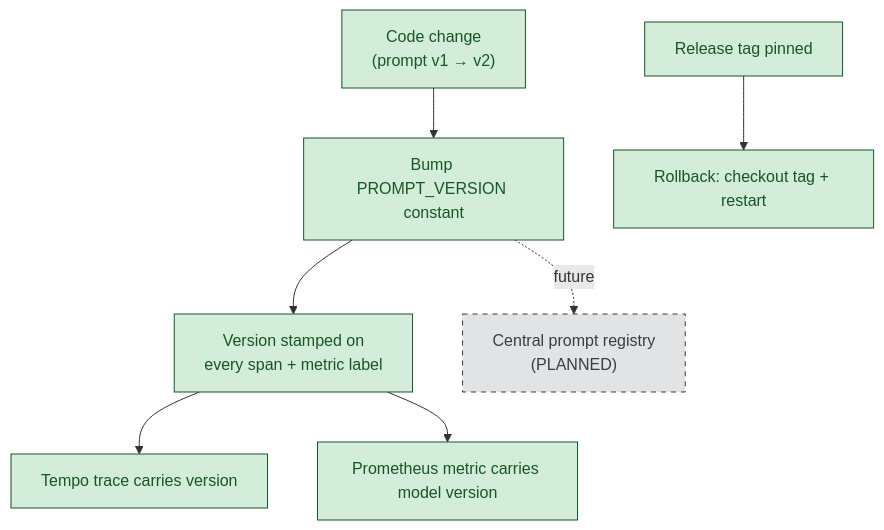
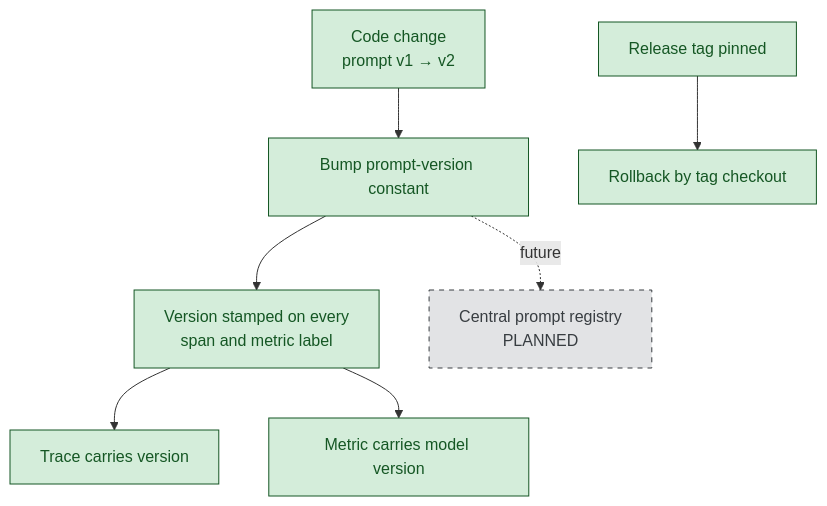
Before and after one commit to Kevinparashar/One-ops-NextGen: the sixth of 7 diagrams in docs/MANAGEMENT-BRIEFING.md, drawn with Mermaid. The commit also changed other lines of this file and 1 other file, not shown here.

````diff
--- a/docs/MANAGEMENT-BRIEFING.md
+++ b/docs/MANAGEMENT-BRIEFING.md
@@ -328,19 +314,19 @@
 ```mermaid
 flowchart TD
     classDef shipped fill:#d4edda,stroke:#155724,color:#155724
     classDef planned fill:#e2e3e5,stroke:#383d41,color:#383d41,stroke-dasharray:5 5
 
-    CODE["Code change<br/>(prompt v1 → v2)"]:::shipped
-    BUMP["Bump PROMPT_VERSION constant"]:::shipped
-    STAMP["Version stamped on<br/>every span + metric label"]:::shipped
-    TRACE["Tempo trace carries version"]:::shipped
-    METRIC["Prometheus metric carries model version"]:::shipped
-    REG["Central prompt registry<br/>(PLANNED)"]:::planned
+    CODE["Code change<br/>prompt v1 → v2"]:::shipped
+    BUMP["Bump prompt-version constant"]:::shipped
+    STAMP["Version stamped on every<br/>span and metric label"]:::shipped
+    TRACE["Trace carries version"]:::shipped
+    METRIC["Metric carries model version"]:::shipped
+    REG["Central prompt registry<br/>PLANNED"]:::planned
     TAG["Release tag pinned"]:::shipped
-    ROLLBACK["Rollback: checkout tag + restart"]:::shipped
+    ROLLBACK["Rollback by tag checkout"]:::shipped
     CODE --> BUMP --> STAMP
     STAMP --> TRACE
     STAMP --> METRIC
     BUMP -.->|future| REG
     TAG --> ROLLBACK
 ```
````
